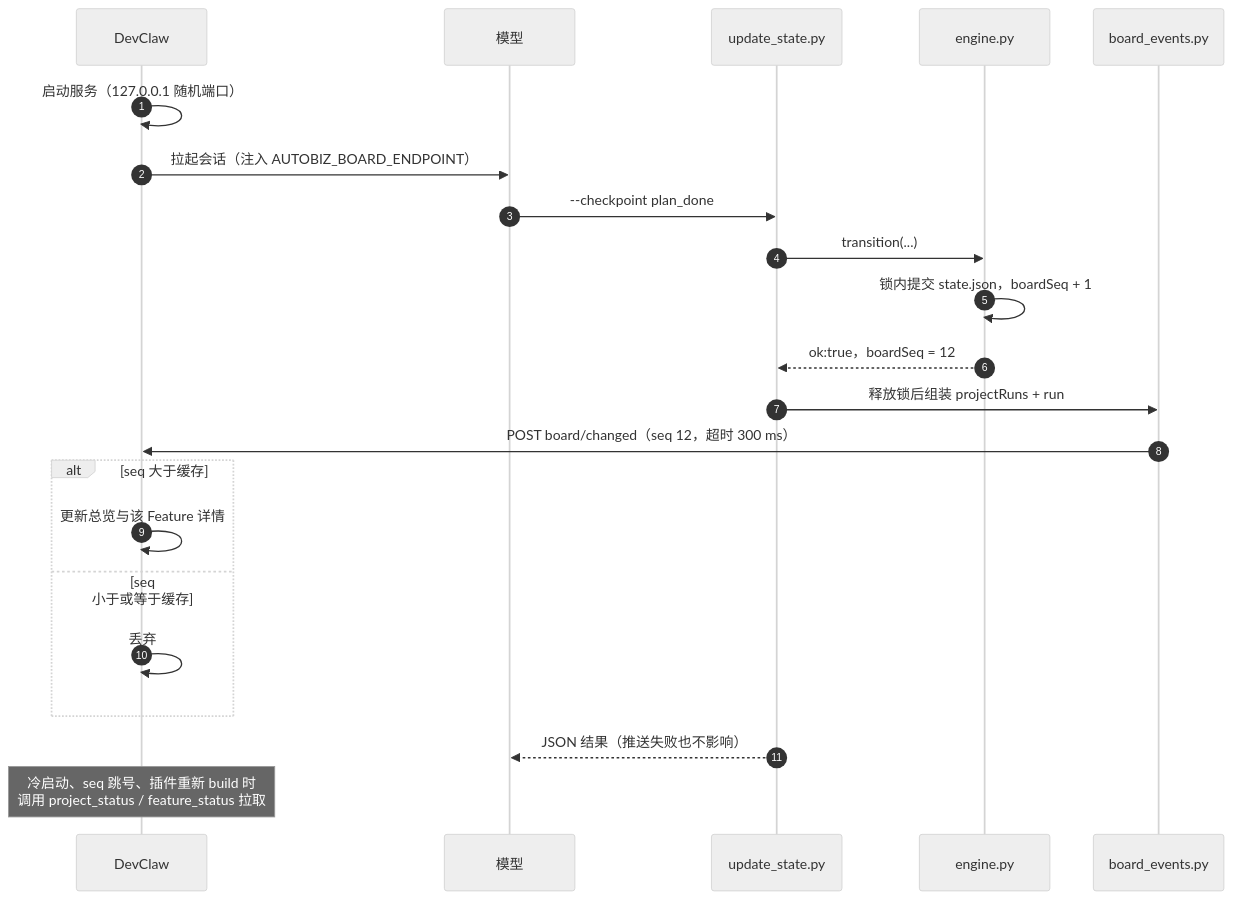
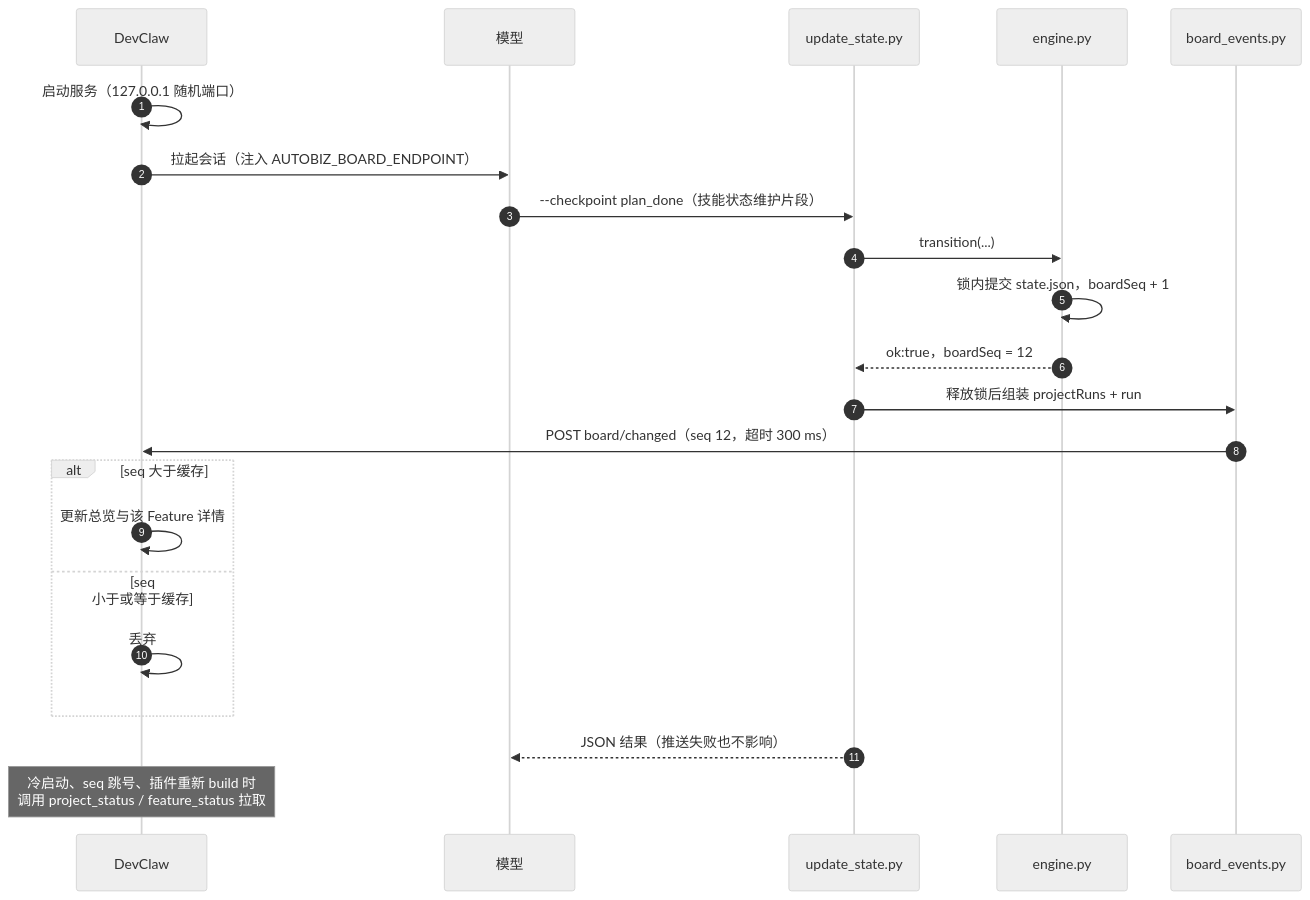
One commit to seikou00/autobizdevops_plugin_creator changed diagram 11 of 11 in docs/diagrams.md. Above: the diagram before and after it, drawn with Mermaid (neutral theme). The commit also changed other lines of this file and 58 other files, not shown here.

````diff
--- a/docs/diagrams.md
+++ b/docs/diagrams.md
@@ -343,25 +343,25 @@
 ```mermaid
 sequenceDiagram
   autonumber
   participant D as DevClaw
   participant M as 模型
   participant U as update_state.py
   participant E as engine.py
   participant B as board_events.py
 
   D->>D: 启动服务（127.0.0.1 随机端口）
   D->>M: 拉起会话（注入 AUTOBIZ_BOARD_ENDPOINT）
-  M->>U: --checkpoint plan_done
+  M->>U: --checkpoint plan_done（技能状态维护片段）
   U->>E: transition(...)
   E->>E: 锁内提交 state.json，boardSeq + 1
   E-->>U: ok:true，boardSeq = 12
   U->>B: 释放锁后组装 projectRuns + run
   B->>D: POST board/changed（seq 12，超时 300 ms）
   alt seq 大于缓存
     D->>D: 更新总览与该 Feature 详情
   else seq 小于或等于缓存
     D->>D: 丢弃
   end
   U-->>M: JSON 结果（推送失败也不影响）
   Note over D: 冷启动、seq 跳号、插件重新 build 时<br/>调用 project_status / feature_status 拉取
 ```
````
